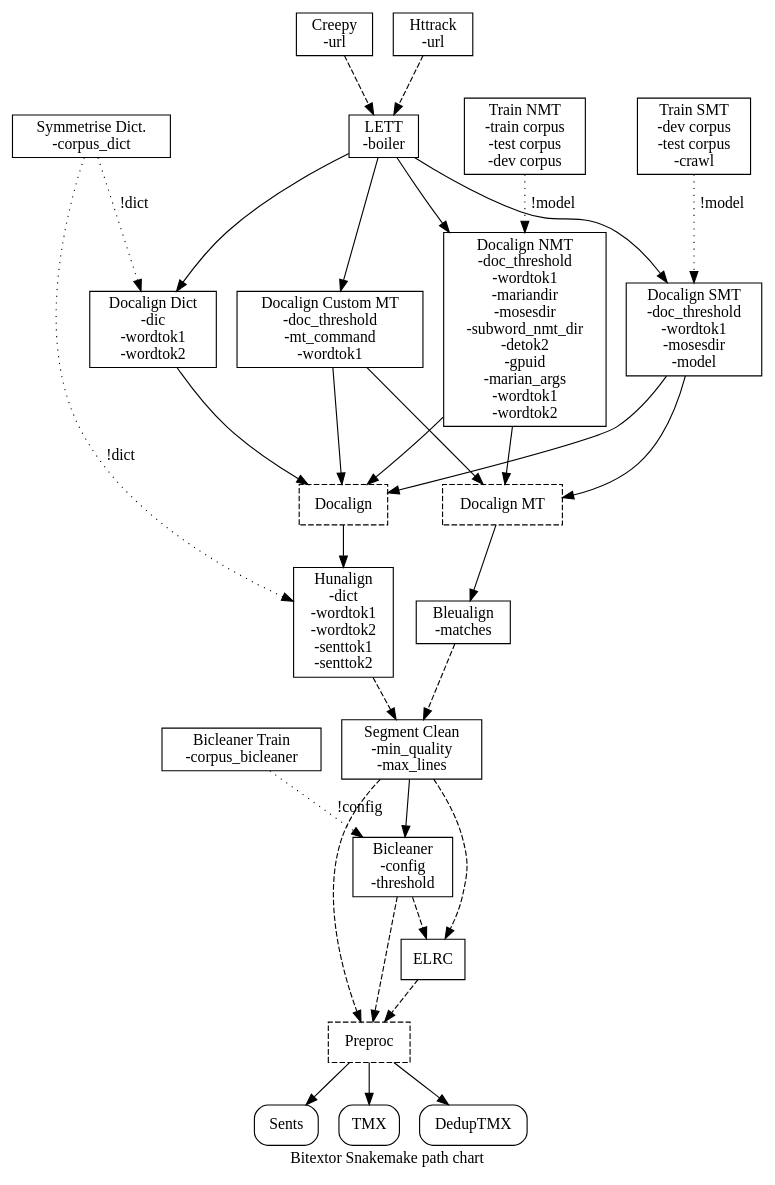
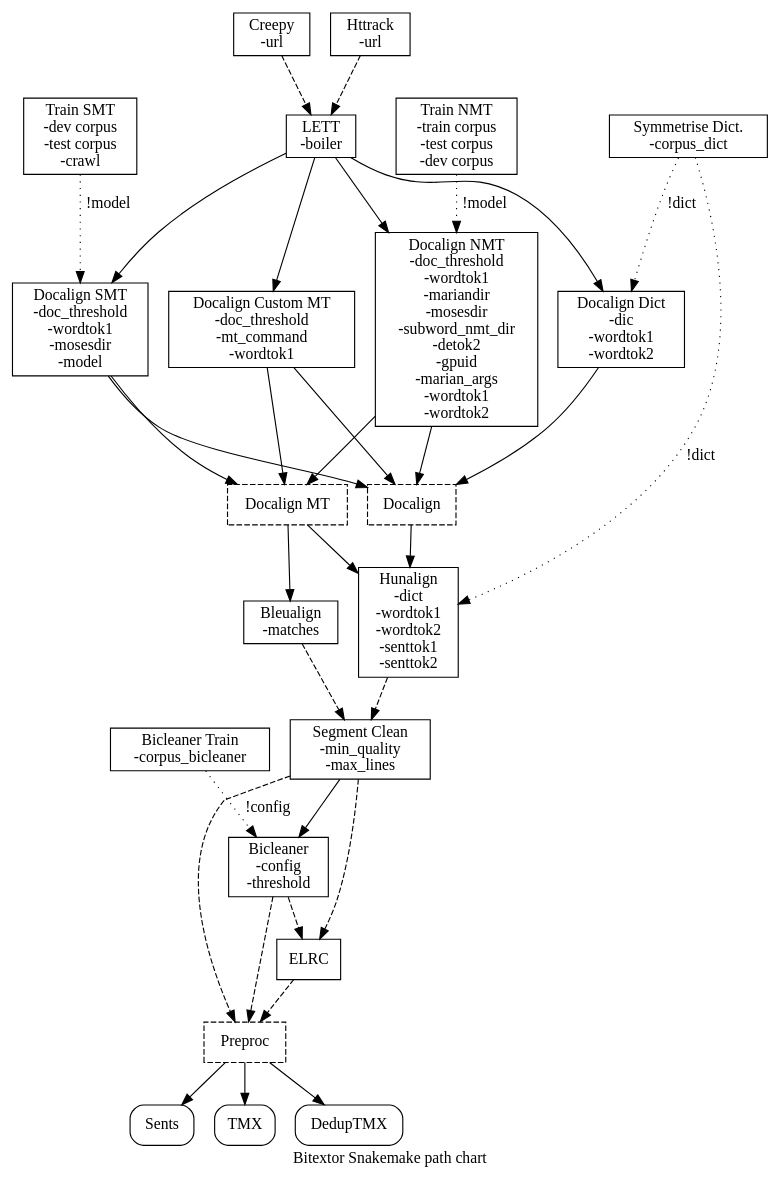
One commit to bitextor/bitextor changed the diagram in img/bitextor-graph.dot. Above: the diagram before and after it, drawn with Graphviz.

```diff
--- a/img/bitextor-graph.dot
+++ b/img/bitextor-graph.dot
@@ -1,46 +1,46 @@
 digraph Snakemake {
   label="Bitextor Snakemake path chart"
   node [shape=record];
 
   #Nodes
   Creepy [label="Creepy\n-url"]
   Httrack [label="Httrack\n-url"]
   LETT [label="LETT\n-boiler"]
   DocalignDict [label="Docalign Dict\n-dic\n-wordtok1\n-wordtok2"]
   DocalignSMT [label="Docalign SMT\n-doc_threshold\n-wordtok1\n-mosesdir\n-model"]
   DocalignNMT [label="Docalign NMT\n-doc_threshold\n-wordtok1\n-mariandir\n-mosesdir\n-subword_nmt_dir\n-detok2\n-gpuid\n-marian_args\n-wordtok1\n-wordtok2"]
   DocalignCustomMT [label="Docalign Custom MT\n-doc_threshold\n-mt_command\n-wordtok1"]
   TrainSMT [label="Train SMT\n-dev corpus\n-test corpus\n-crawl"]
   TrainNMT [label="Train NMT\n-train corpus\n-test corpus\n-dev corpus"]
   SymmetriseDic [label="Symmetrise Dict.\n-corpus_dict"]
   Docalign [style=dashed]
   DocalignMT [label="Docalign MT", style=dashed]
   Hunalign [label="Hunalign\n-dict\n-wordtok1\n-wordtok2\n-senttok1\n-senttok2"]
   Bleualign [label="Bleualign\n-matches"]
   Segclean [label="Segment Clean\n-min_quality\n-max_lines"]
   Bicleaner [label="Bicleaner\n-config\n-threshold"]
   BicleanerTrain [label="Bicleaner Train\n-corpus_bicleaner"]
   ELRC
   Preproc [style=dashed]
   Sents [style=rounded]
   TMX [style=rounded]
   DedupTMX [style=rounded]
 
   #Relations
   {Creepy,Httrack} -> LETT [style=dashed]
   LETT -> {DocalignDict,DocalignSMT,DocalignNMT,DocalignCustomMT}
   SymmetriseDic -> {DocalignDict,Hunalign} [label="!dict", style=dotted]
   TrainSMT -> DocalignSMT [label="!model", style=dotted]
   TrainNMT -> DocalignNMT [label="!model", style=dotted]
   {DocalignDict,DocalignSMT,DocalignNMT,DocalignCustomMT} -> Docalign
   {DocalignSMT,DocalignNMT,DocalignCustomMT} -> DocalignMT
-  Docalign -> Hunalign
+  {Docalign,DocalignMT} -> Hunalign
   DocalignMT -> Bleualign
   BicleanerTrain -> Bicleaner [label="!config", style=dotted]
   {Hunalign,Bleualign} -> Segclean [style=dashed]
   {Segclean,Bicleaner,ELRC} -> Preproc [style=dashed]
   {Segclean,Bicleaner} -> ELRC [style=dashed]
   Segclean -> Bicleaner
   Preproc -> {Sents,TMX,DedupTMX}
 
 }
```
